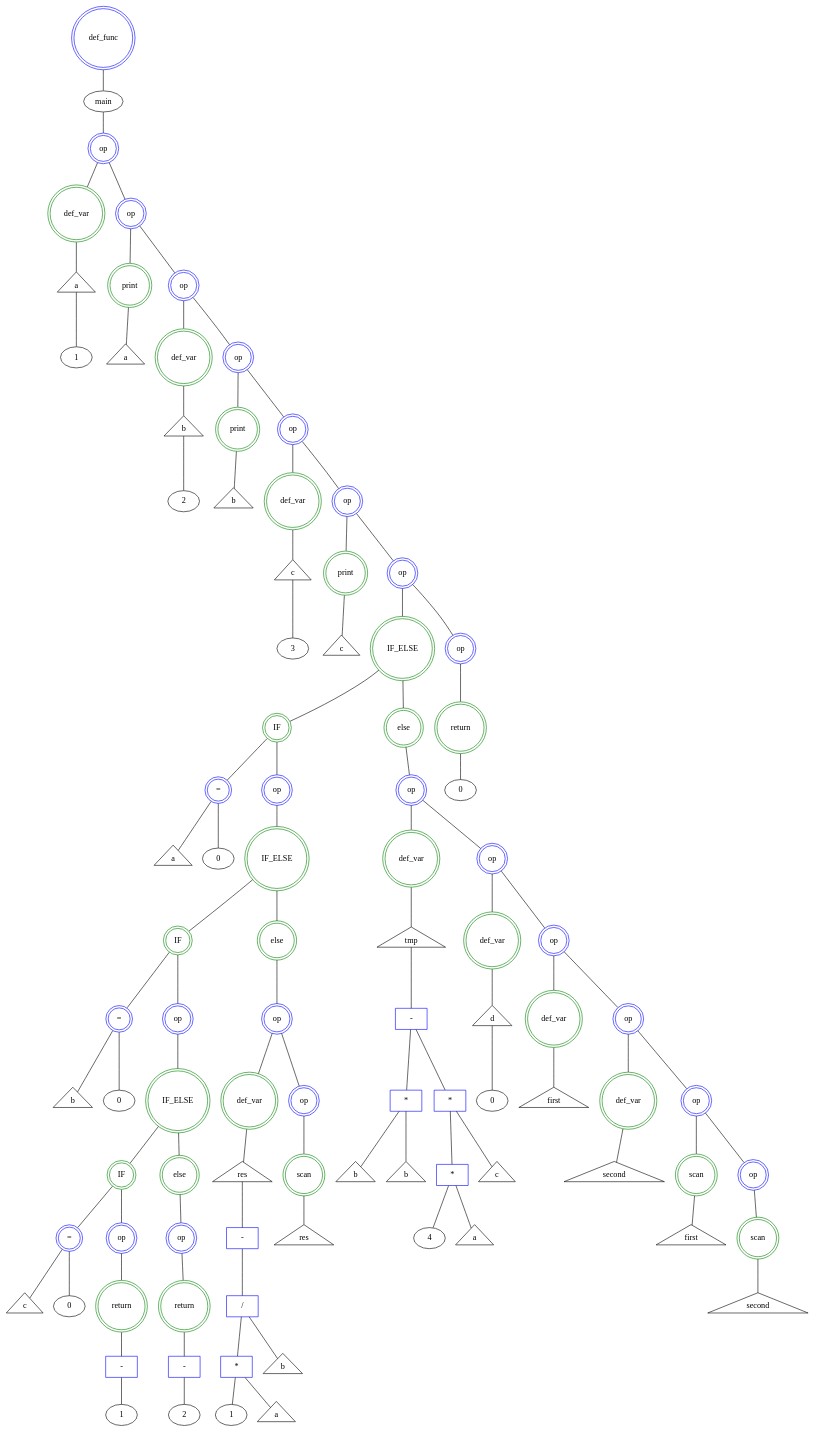
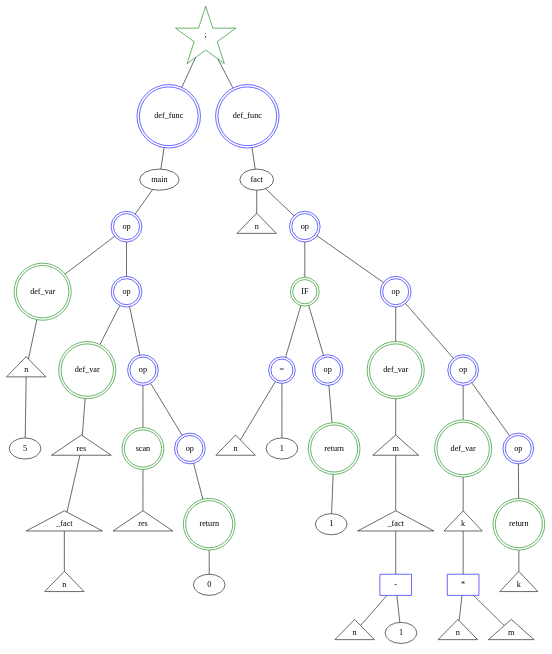
The diagram in gr1.dot (vvdvortsova/the_cure_language), drawn with Graphviz before and after one commit. The commit also changed 23 other files, not shown here.

```diff
--- a/gr1.dot
+++ b/gr1.dot
@@ -1,200 +1,97 @@
 graph astdump {
-_93DF[shape=doublecircle, color=blue,label="def_func"]
-_93DF -- _92FN;
-_92FN [label="main"]
-_92FN -- _3OP;
-_3OP[shape=doublecircle, color=blue,label="op"]
-_3OP -- _5SO;
-_3OP -- _7OP;
+_0P[shape=star, color=green,label=";"]
+_0P -- _21DF;
+_21DF[shape=doublecircle, color=blue,label="def_func"]
+_0P -- _49DF;
+_49DF[shape=doublecircle, color=blue,label="def_func"]
+_21DF[shape=doublecircle, color=blue,label="def_func"]
+_21DF -- _20FN;
+_20FN [label="main"]
+_20FN -- _4OP;
+_4OP[shape=doublecircle, color=blue,label="op"]
+_4OP -- _0SO;
+_4OP -- _9OP;
+_0SO[shape=doublecircle, color=green,label="def_var"]
+_0SO -- _6V;
+_6V [shape=triangle,label="n"]
+_6V -- _8N5;
+_8N5 [label="5"]
+_9OP[shape=doublecircle, color=blue,label="op"]
+_9OP -- _5SO;
+_9OP -- _14OP;
 _5SO[shape=doublecircle, color=green,label="def_var"]
-_5SO -- _6V;
-_6V [shape=triangle,label="a"]
-_6V -- _8N1;
-_8N1 [label="1"]
-_7OP[shape=doublecircle, color=blue,label="op"]
-_7OP -- _14SO;
-_7OP -- _11OP;
-_14SO[shape=doublecircle, color=green,label="print"]
-_14SO -- _12V;
-_12V [shape=triangle,label="a"]
-_11OP[shape=doublecircle, color=blue,label="op"]
-_11OP -- _15SO;
-_11OP -- _15OP;
-_15SO[shape=doublecircle, color=green,label="def_var"]
-_15SO -- _16V;
-_16V [shape=triangle,label="b"]
-_16V -- _18N2;
-_18N2 [label="2"]
-_15OP[shape=doublecircle, color=blue,label="op"]
-_15OP -- _24SO;
-_15OP -- _19OP;
-_24SO[shape=doublecircle, color=green,label="print"]
-_24SO -- _22V;
-_22V [shape=triangle,label="b"]
+_5SO -- _11V;
+_11V [shape=triangle,label="res"]
+_11V -- _13CF;
+_13CF [shape=triangle,label="_fact"]
+_13CF [shape=triangle,label="_fact"]
+_13CF -- _15V;
+_15V [shape=triangle,label="n"]
+_14OP[shape=doublecircle, color=blue,label="op"]
+_14OP -- _10SO;
+_14OP -- _19OP;
+_10SO[shape=doublecircle, color=green,label="scan"]
+_10SO -- _20V;
+_20V [shape=triangle,label="res"]
 _19OP[shape=doublecircle, color=blue,label="op"]
-_19OP -- _25SO;
-_19OP -- _23OP;
-_25SO[shape=doublecircle, color=green,label="def_var"]
-_25SO -- _26V;
-_26V [shape=triangle,label="c"]
-_26V -- _28N3;
-_28N3 [label="3"]
-_23OP[shape=doublecircle, color=blue,label="op"]
-_23OP -- _34SO;
-_23OP -- _86OP;
-_34SO[shape=doublecircle, color=green,label="print"]
-_34SO -- _32V;
-_32V [shape=triangle,label="c"]
-_86OP[shape=doublecircle, color=blue,label="op"]
-_86OP -- _237SO;
-_86OP -- _91OP;
-_237SO[shape=doublecircle, color=green,label="IF_ELSE"]
-_237SO -- _36SO;
-_237SO -- _147SO;
-_36SO[shape=doublecircle, color=green,label="IF"]
-_36SO -- _24BOP;
-_36SO -- _56OP;
-_24BOP[shape=doublecircle, color=blue,label="="]
-_24BOP -- _37V;
-_37V [shape=triangle,label="a"]
-_24BOP -- _39N0;
-_39N0 [label="0"]
-_56OP[shape=doublecircle, color=blue,label="op"]
-_56OP -- _140SO;
-_140SO[shape=doublecircle, color=green,label="IF_ELSE"]
-_140SO -- _43SO;
-_140SO -- _113SO;
-_43SO[shape=doublecircle, color=green,label="IF"]
-_43SO -- _25BOP;
-_43SO -- _42OP;
-_25BOP[shape=doublecircle, color=blue,label="="]
-_25BOP -- _44V;
-_44V [shape=triangle,label="b"]
-_25BOP -- _46N0;
-_46N0 [label="0"]
-_42OP[shape=doublecircle, color=blue,label="op"]
-_42OP -- _106SO;
-_106SO[shape=doublecircle, color=green,label="IF_ELSE"]
-_106SO -- _50SO;
-_106SO -- _93SO;
-_50SO[shape=doublecircle, color=green,label="IF"]
-_50SO -- _26BOP;
-_50SO -- _31OP;
-_26BOP[shape=doublecircle, color=blue,label="="]
-_26BOP -- _51V;
-_51V [shape=triangle,label="c"]
-_26BOP -- _53N0;
-_53N0 [label="0"]
-_31OP[shape=doublecircle, color=blue,label="op"]
-_31OP -- _27SO;
-_27SO[shape=doublecircle, color=green,label="return"]
-_27SO -- _59MO1;
-_59MO1 [label="1"]
-_59MO1[shape=box, color=blue,label="-"]
-_59MO1 -- _58N1;
-_58N1 [label="1"]
-_93SO[shape=doublecircle, color=green,label="else"]
-_93SO -- _37OP;
+_19OP -- _15SO;
+_15SO[shape=doublecircle, color=green,label="return"]
+_15SO -- _25N0;
+_25N0 [label="0"]
+_49DF[shape=doublecircle, color=blue,label="def_func"]
+_49DF -- _48FN;
+_48FN [label="fact"]
+_48FN -- _33V;
+_33V [shape=triangle,label="n"]
+_48FN -- _32OP;
+_32OP[shape=doublecircle, color=blue,label="op"]
+_32OP -- _22SO;
+_32OP -- _37OP;
+_22SO[shape=doublecircle, color=green,label="IF"]
+_22SO -- _23BOP;
+_22SO -- _28OP;
+_23BOP[shape=doublecircle, color=blue,label="="]
+_23BOP -- _38V;
+_38V [shape=triangle,label="n"]
+_23BOP -- _40N1;
+_40N1 [label="1"]
+_28OP[shape=doublecircle, color=blue,label="op"]
+_28OP -- _24SO;
+_24SO[shape=doublecircle, color=green,label="return"]
+_24SO -- _44N1;
+_44N1 [label="1"]
 _37OP[shape=doublecircle, color=blue,label="op"]
 _37OP -- _33SO;
-_33SO[shape=doublecircle, color=green,label="return"]
-_33SO -- _66MO1;
-_66MO1 [label="1"]
-_66MO1[shape=box, color=blue,label="-"]
-_66MO1 -- _65N2;
-_65N2 [label="2"]
-_113SO[shape=doublecircle, color=green,label="else"]
-_113SO -- _47OP;
+_37OP -- _42OP;
+_33SO[shape=doublecircle, color=green,label="def_var"]
+_33SO -- _49V;
+_49V [shape=triangle,label="m"]
+_49V -- _51CF;
+_51CF [shape=triangle,label="_fact"]
+_51CF [shape=triangle,label="_fact"]
+_51CF -- _56MO1;
+_56MO1 [label="1"]
+_56MO1[shape=box, color=blue,label="-"]
+_56MO1 -- _53V;
+_53V [shape=triangle,label="n"]
+_56MO1 -- _55N1;
+_55N1 [label="1"]
+_42OP[shape=doublecircle, color=blue,label="op"]
+_42OP -- _38SO;
+_42OP -- _47OP;
+_38SO[shape=doublecircle, color=green,label="def_var"]
+_38SO -- _59V;
+_59V [shape=triangle,label="k"]
+_59V -- _64MO3;
+_64MO3 [label="3"]
+_64MO3[shape=box, color=blue,label="*"]
+_64MO3 -- _61V;
+_61V [shape=triangle,label="n"]
+_64MO3 -- _63V;
+_63V [shape=triangle,label="m"]
 _47OP[shape=doublecircle, color=blue,label="op"]
-_47OP -- _72SO;
-_47OP -- _51OP;
-_72SO[shape=doublecircle, color=green,label="def_var"]
-_72SO -- _73V;
-_73V [shape=triangle,label="res"]
-_73V -- _81MO1;
-_81MO1 [label="1"]
-_81MO1[shape=box, color=blue,label="-"]
-_81MO1 -- _81MO2;
-_81MO2 [label="2"]
-_81MO2[shape=box, color=blue,label="/"]
-_81MO2 -- _79MO3;
-_79MO3 [label="3"]
-_81MO2 -- _80V;
-_80V [shape=triangle,label="b"]
-_79MO3[shape=box, color=blue,label="*"]
-_79MO3 -- _76N1;
-_76N1 [label="1"]
-_79MO3 -- _78V;
-_78V [shape=triangle,label="a"]
-_51OP[shape=doublecircle, color=blue,label="op"]
-_51OP -- _86SO;
-_86SO[shape=doublecircle, color=green,label="scan"]
-_86SO -- _84V;
-_84V [shape=triangle,label="res"]
-_147SO[shape=doublecircle, color=green,label="else"]
-_147SO -- _61OP;
-_61OP[shape=doublecircle, color=blue,label="op"]
-_61OP -- _92SO;
-_61OP -- _65OP;
-_92SO[shape=doublecircle, color=green,label="def_var"]
-_92SO -- _93V;
-_93V [shape=triangle,label="tmp"]
-_93V -- _104MO1;
-_104MO1 [label="1"]
-_104MO1[shape=box, color=blue,label="-"]
-_104MO1 -- _98MO3;
-_98MO3 [label="3"]
-_104MO1 -- _104MO3;
-_104MO3 [label="3"]
-_98MO3[shape=box, color=blue,label="*"]
-_98MO3 -- _95V;
-_95V [shape=triangle,label="b"]
-_98MO3 -- _97V;
-_97V [shape=triangle,label="b"]
-_104MO3[shape=box, color=blue,label="*"]
-_104MO3 -- _102MO3;
-_102MO3 [label="3"]
-_104MO3 -- _103V;
-_103V [shape=triangle,label="c"]
-_102MO3[shape=box, color=blue,label="*"]
-_102MO3 -- _99N4;
-_99N4 [label="4"]
-_102MO3 -- _101V;
-_101V [shape=triangle,label="a"]
-_65OP[shape=doublecircle, color=blue,label="op"]
-_65OP -- _105SO;
-_65OP -- _69OP;
-_105SO[shape=doublecircle, color=green,label="def_var"]
-_105SO -- _106V;
-_106V [shape=triangle,label="d"]
-_106V -- _108N0;
-_108N0 [label="0"]
-_69OP[shape=doublecircle, color=blue,label="op"]
-_69OP -- _110SO;
-_69OP -- _73OP;
-_110SO[shape=doublecircle, color=green,label="def_var"]
-_110SO -- _111V;
-_111V [shape=triangle,label="first"]
-_73OP[shape=doublecircle, color=blue,label="op"]
-_73OP -- _127SO;
-_73OP -- _77OP;
-_127SO[shape=doublecircle, color=green,label="def_var"]
-_127SO -- _128V;
-_128V [shape=triangle,label="second"]
-_77OP[shape=doublecircle, color=blue,label="op"]
-_77OP -- _148SO;
-_77OP -- _81OP;
-_148SO[shape=doublecircle, color=green,label="scan"]
-_148SO -- _146V;
-_146V [shape=triangle,label="first"]
-_81OP[shape=doublecircle, color=blue,label="op"]
-_81OP -- _153SO;
-_153SO[shape=doublecircle, color=green,label="scan"]
-_153SO -- _151V;
-_151V [shape=triangle,label="second"]
-_91OP[shape=doublecircle, color=blue,label="op"]
-_91OP -- _87SO;
-_87SO[shape=doublecircle, color=green,label="return"]
-_87SO -- _157N0;
-_157N0 [label="0"]
+_47OP -- _43SO;
+_43SO[shape=doublecircle, color=green,label="return"]
+_43SO -- _67V;
+_67V [shape=triangle,label="k"]
 }
```
